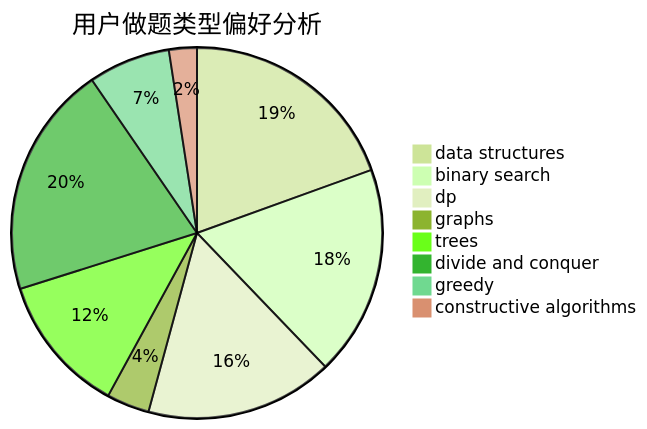
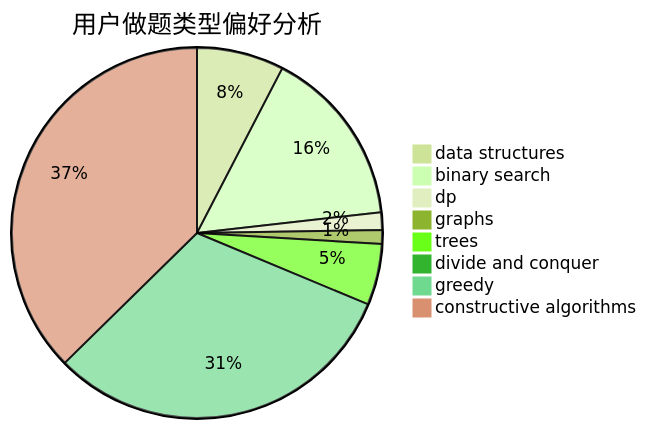
One commit to sherpahu/cfrs.github.io changed the second of 3 diagrams in docs/user/u384.md. Above: the diagram before and after it, drawn with Mermaid (forest theme). The commit also changed other lines of this file and 2770 other files, not shown here.

````diff
--- a/docs/user/u384.md
+++ b/docs/user/u384.md
@@ -23,11 +23,11 @@
 ```mermaid
 pie title 用户做题类型偏好分析
-    "data structures" :  120
-    "binary search" :  113
-    "dp" :  101
-    "graphs" :  23
-    "trees" :  75
-    "divide and conquer" :  125
-    "greedy" :  44
-    "constructive algorithms" :  15
+    "data structures" :  114
+    "binary search" :  234
+    "dp" :  23
+    "graphs" :  18
+    "trees" :  80
+    "divide and conquer" :  0
+    "greedy" :  470
+    "constructive algorithms" :  560
 ```
````
